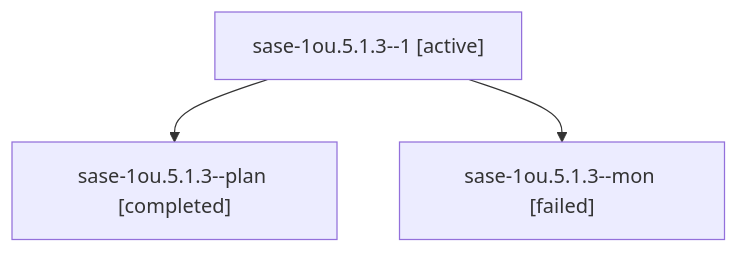
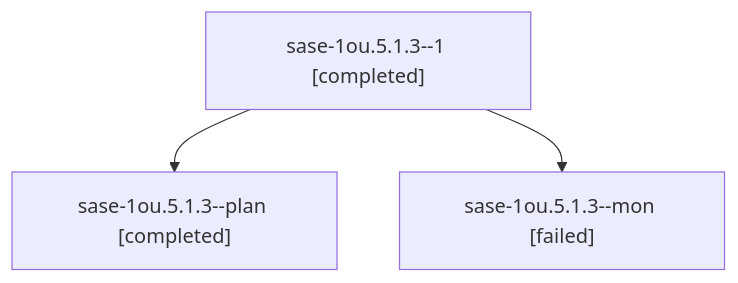
One commit to sase-org/sase--agents changed the diagram in sessions/bbugyi200.athena.sase-1ou.5.1.3.md. Above: the diagram before and after it, drawn with Mermaid. The commit also changed other lines of this file and 227 other files, not shown here.

````diff
--- a/sessions/bbugyi200.athena.sase-1ou.5.1.3.md
+++ b/sessions/bbugyi200.athena.sase-1ou.5.1.3.md
@@ -9,8 +9,8 @@
 ```mermaid
 flowchart TD
-  n0["sase-1ou.5.1.3--1 [active]"]
+  n0["sase-1ou.5.1.3--1 [completed]"]
   n1["sase-1ou.5.1.3--plan [completed]"]
   n0 --> n1
   n2["sase-1ou.5.1.3--mon [failed]"]
   n0 --> n2
 ```
````
